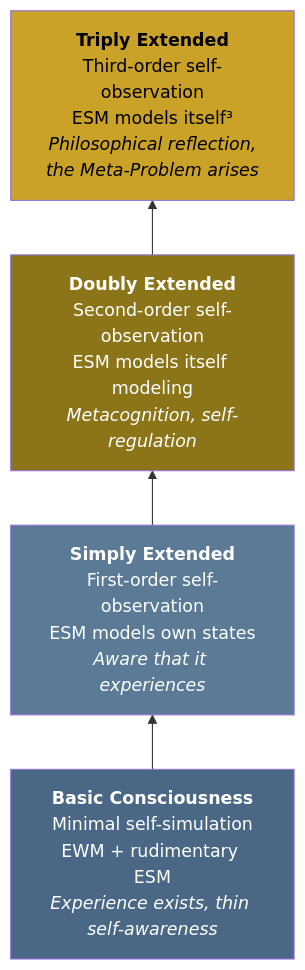
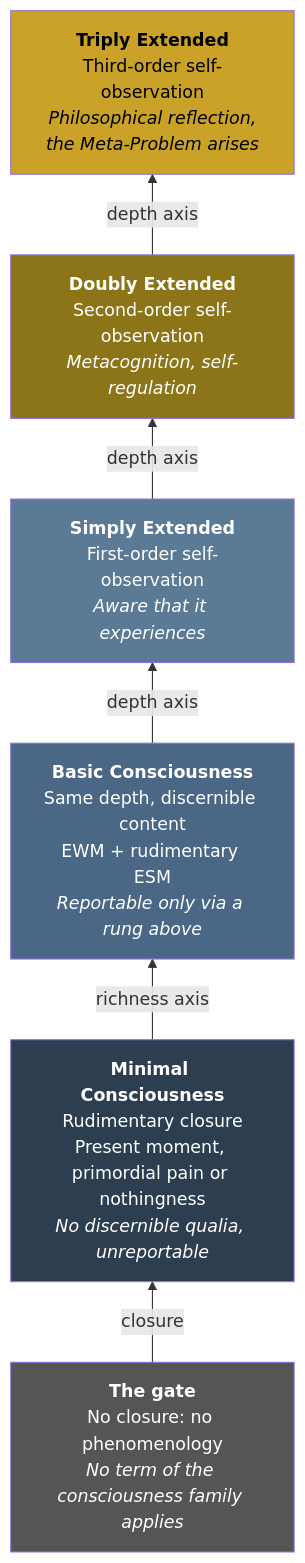
One commit to JeltzProstetnic/aIware changed the diagram in wiki/mechanisms/graduated-consciousness.md. Above: the diagram before and after it, drawn with Mermaid. The commit also changed other lines of this file and 42 other files, not shown here.

````diff
--- a/wiki/mechanisms/graduated-consciousness.md
+++ b/wiki/mechanisms/graduated-consciousness.md
@@ -55,16 +57,22 @@
 ```mermaid
 graph BT
-    Basic["<b>Basic Consciousness</b><br/>Minimal self-simulation<br/>EWM + rudimentary ESM<br/><i>Experience exists, thin self-awareness</i>"]
-    Simply["<b>Simply Extended</b><br/>First-order self-observation<br/>ESM models own states<br/><i>Aware that it experiences</i>"]
-    Doubly["<b>Doubly Extended</b><br/>Second-order self-observation<br/>ESM models itself modeling<br/><i>Metacognition, self-regulation</i>"]
-    Triply["<b>Triply Extended</b><br/>Third-order self-observation<br/>ESM models itself³<br/><i>Philosophical reflection,<br/>the Meta-Problem arises</i>"]
+    Gate["<b>The gate</b><br/>No closure: no phenomenology<br/><i>No term of the consciousness family applies</i>"]
+    Minimal["<b>Minimal Consciousness</b><br/>Rudimentary closure<br/>Present moment, primordial pain or nothingness<br/><i>No discernible qualia, unreportable</i>"]
+    Basic["<b>Basic Consciousness</b><br/>Same depth, discernible content<br/>EWM + rudimentary ESM<br/><i>Reportable only via a rung above</i>"]
+    Simply["<b>Simply Extended</b><br/>First-order self-observation<br/><i>Aware that it experiences</i>"]
+    Doubly["<b>Doubly Extended</b><br/>Second-order self-observation<br/><i>Metacognition, self-regulation</i>"]
+    Triply["<b>Triply Extended</b><br/>Third-order self-observation<br/><i>Philosophical reflection,<br/>the Meta-Problem arises</i>"]
 
-    Basic --> Simply
-    Simply --> Doubly
-    Doubly --> Triply
+    Gate -->|"closure"| Minimal
+    Minimal -->|"richness axis"| Basic
+    Basic -->|"depth axis"| Simply
+    Simply -->|"depth axis"| Doubly
+    Doubly -->|"depth axis"| Triply
 
+    style Gate fill:#555,color:#fff
+    style Minimal fill:#2c3e50,color:#fff
     style Basic fill:#4a6785,color:#fff
     style Simply fill:#5a7a95,color:#fff
     style Doubly fill:#8b7518,color:#fff
     style Triply fill:#c9a227,color:#000
 ```
````
